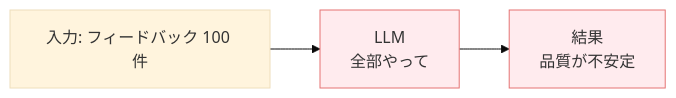
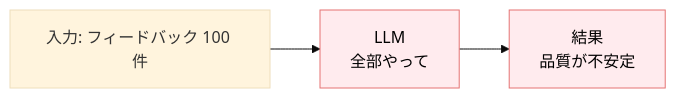
One commit to dinekt/dinekt-wiki changed the first of 3 diagrams in docs/case-studies/複雑なタスクを-llm-に段階分解させて精度を上げた事例.md. Above: the diagram before and after it, drawn with Mermaid (base theme). The commit also changed other lines of this file and 71 other files, not shown here.

First line of the commit message:
fix: mermaid readability + remove GitHub repo toolbar

````diff
--- a/docs/case-studies/複雑なタスクを-llm-に段階分解させて精度を上げた事例.md
+++ b/docs/case-studies/複雑なタスクを-llm-に段階分解させて精度を上げた事例.md
@@ -36,8 +36,8 @@
 ```mermaid
 flowchart LR
     I[入力: フィードバック 100 件] --> L[LLM<br/>全部やって]
     L --> O[結果<br/>品質が不安定]
 
-    style L fill:#ffebee,stroke:#e57373
-    style O fill:#ffebee,stroke:#e57373
+    style L fill:#ffebee,stroke:#e57373,color:#000
+    style O fill:#ffebee,stroke:#e57373,color:#000
 ```
````
